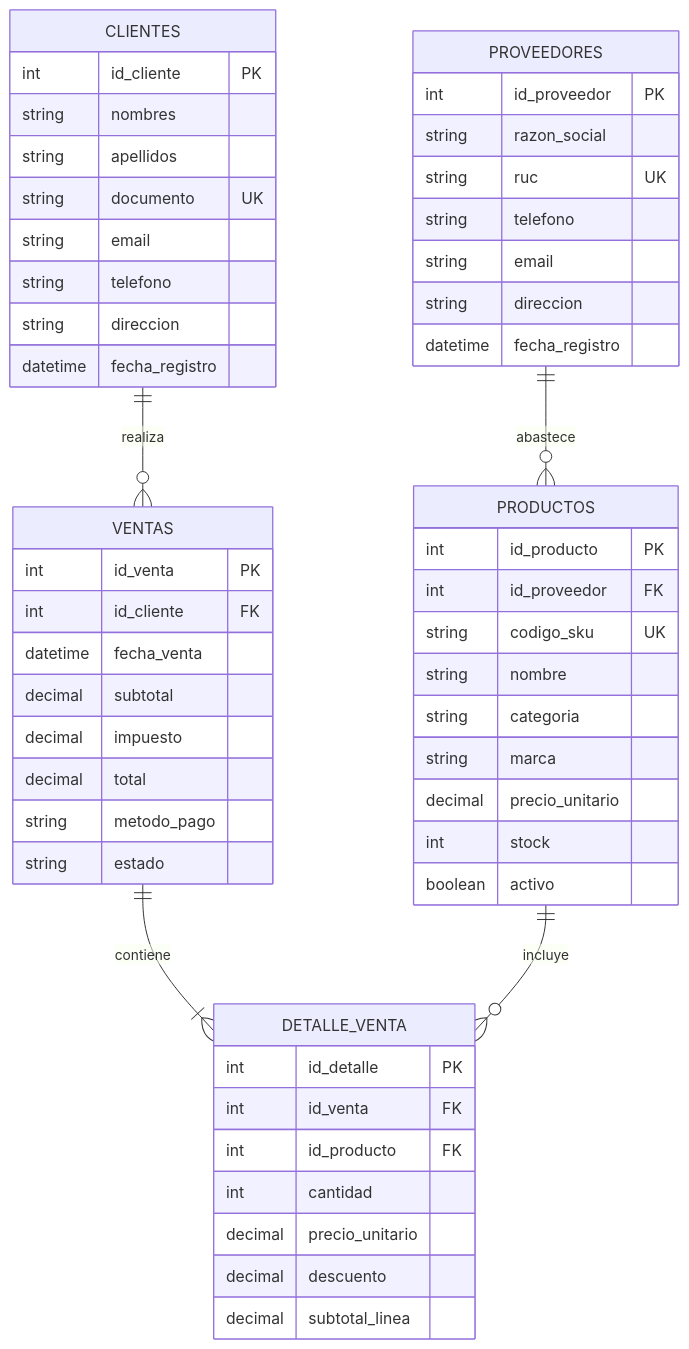
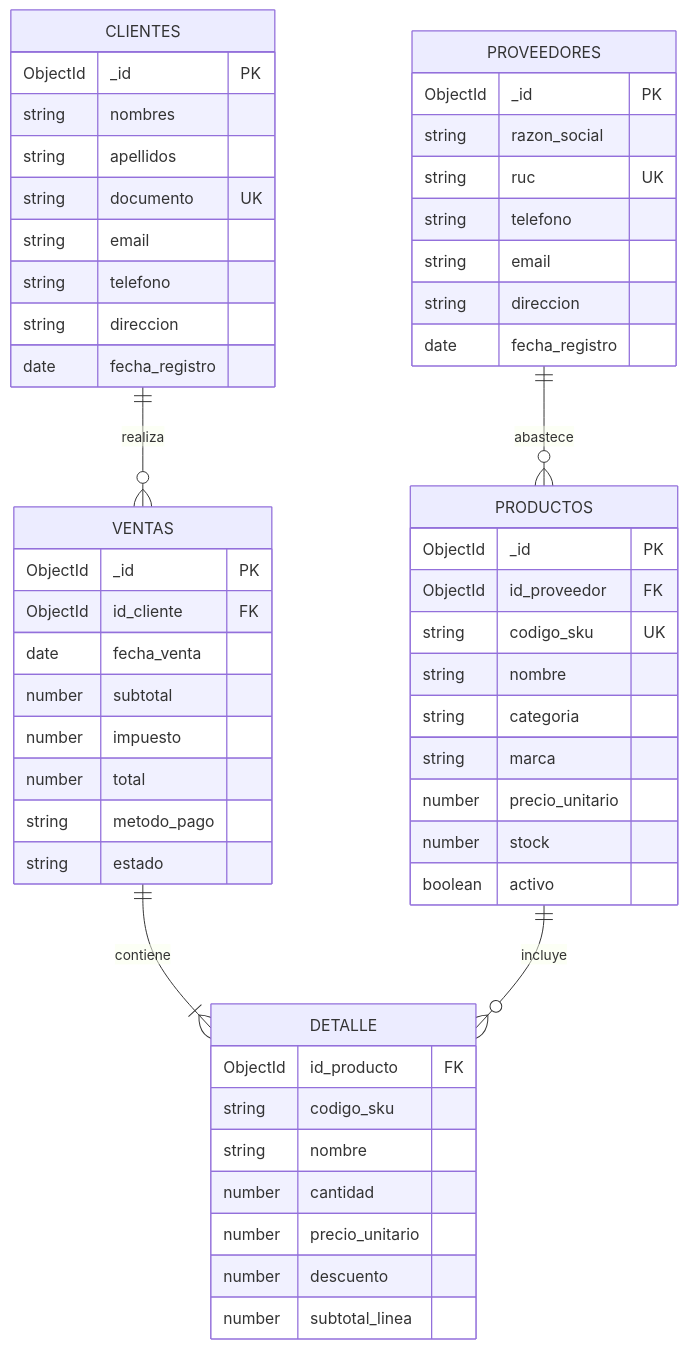
One commit to Arny5555/sistema-venta-computadoras changed the diagram in docs/diccionario_y_diagrama.md. Above: the diagram before and after it, drawn with Mermaid. The commit also changed other lines of this file and 6 other files, not shown here.

````diff
--- a/docs/diccionario_y_diagrama.md
+++ b/docs/diccionario_y_diagrama.md
@@ -88,61 +89,61 @@
 ```mermaid
 erDiagram
     PROVEEDORES ||--o{ PRODUCTOS : abastece
     CLIENTES ||--o{ VENTAS : realiza
-    VENTAS ||--|{ DETALLE_VENTA : contiene
-    PRODUCTOS ||--o{ DETALLE_VENTA : incluye
+    VENTAS ||--|{ DETALLE : contiene
+    PRODUCTOS ||--o{ DETALLE : incluye
 
     PROVEEDORES {
-        int id_proveedor PK
+        ObjectId _id PK
         string razon_social
         string ruc UK
         string telefono
         string email
         string direccion
-        datetime fecha_registro
+        date fecha_registro
     }
 
     PRODUCTOS {
-        int id_producto PK
-        int id_proveedor FK
+        ObjectId _id PK
+        ObjectId id_proveedor FK
         string codigo_sku UK
         string nombre
         string categoria
         string marca
-        decimal precio_unitario
-        int stock
+        number precio_unitario
+        number stock
         boolean activo
     }
 
     CLIENTES {
-        int id_cliente PK
+        ObjectId _id PK
         string nombres
         string apellidos
         string documento UK
         string email
         string telefono
         string direccion
-        datetime fecha_registro
+        date fecha_registro
     }
 
     VENTAS {
-        int id_venta PK
-        int id_cliente FK
-        datetime fecha_venta
-        decimal subtotal
-        decimal impuesto
-        decimal total
+        ObjectId _id PK
+        ObjectId id_cliente FK
+        date fecha_venta
+        number subtotal
+        number impuesto
+        number total
         string metodo_pago
         string estado
     }
 
-    DETALLE_VENTA {
-        int id_detalle PK
-        int id_venta FK
-        int id_producto FK
-        int cantidad
-        decimal precio_unitario
-        decimal descuento
-        decimal subtotal_linea
+    DETALLE {
+        ObjectId id_producto FK
+        string codigo_sku
+        string nombre
+        number cantidad
+        number precio_unitario
+        number descuento
+        number subtotal_linea
     }
 ```
````
